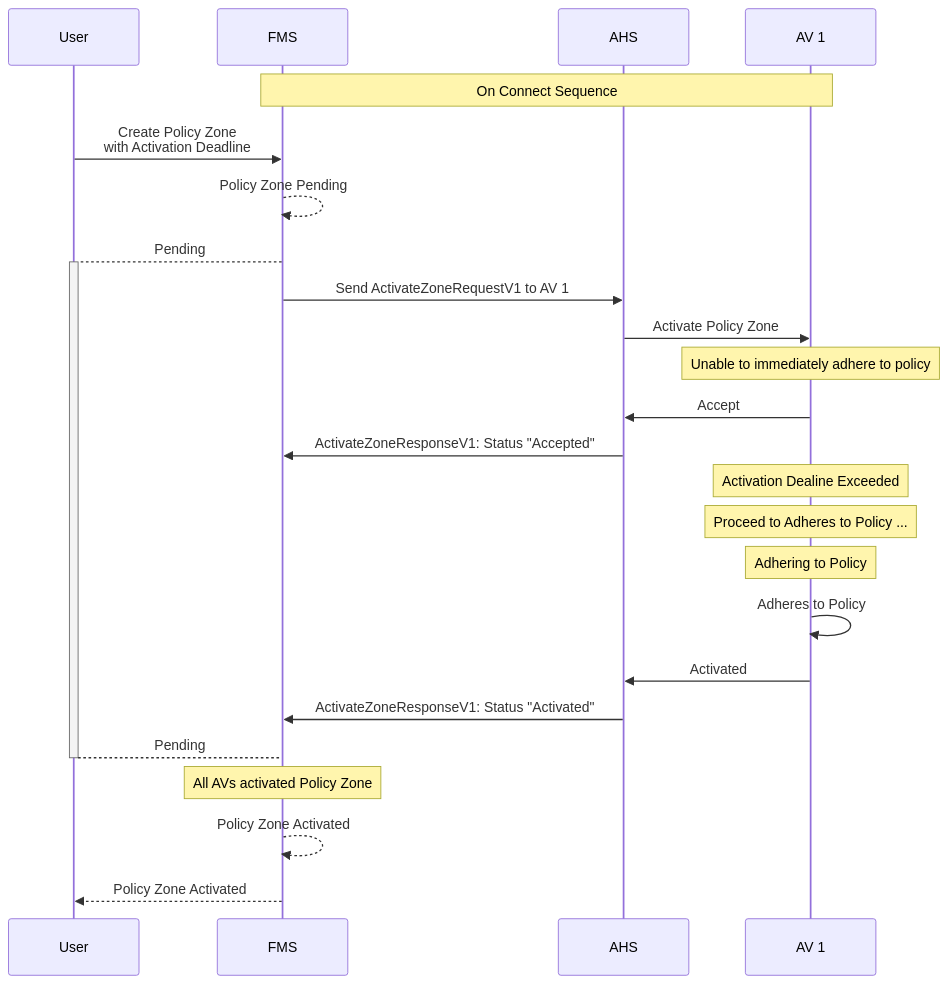
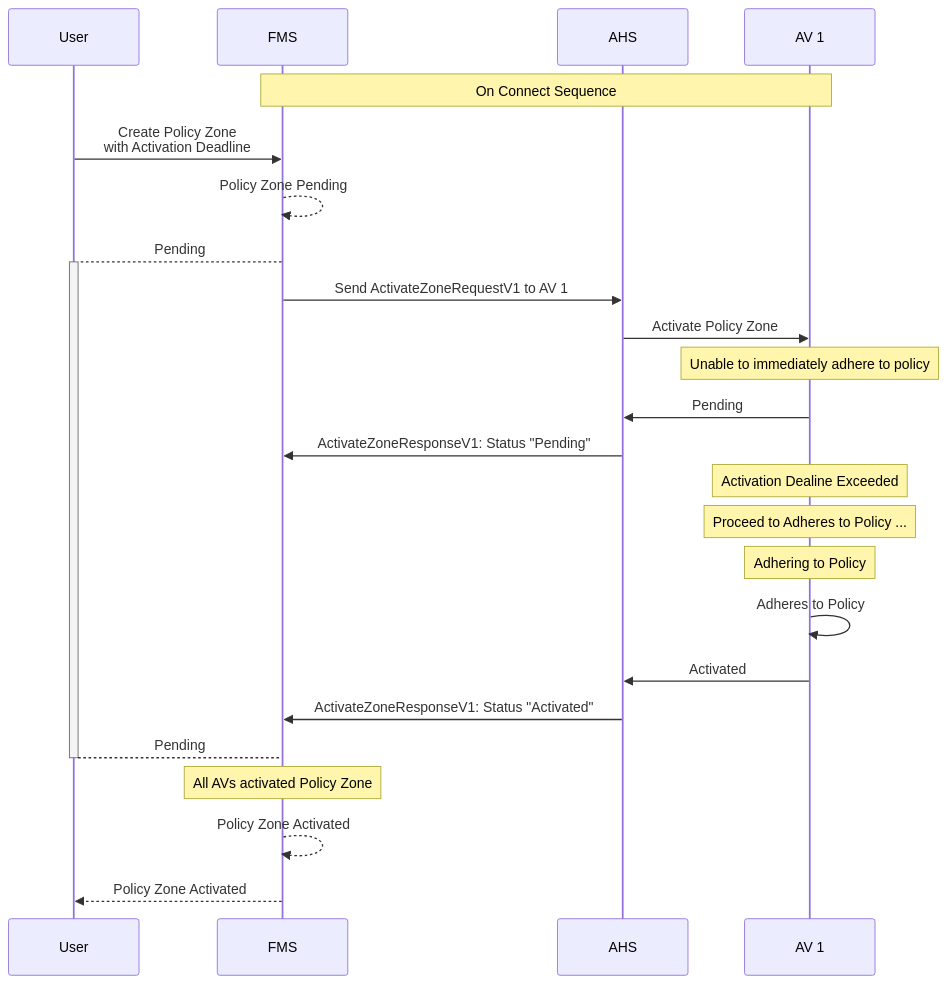
One commit to open-autonomy/zone changed the second of 3 diagrams in diagram/PolicyZoneActivation.md. Above: the diagram before and after it, drawn with Mermaid. The commit also changed other lines of this file and 1 other file, not shown here.

Commit message:
updated sequence diagrams to ActivateZoneResponse Status of Accept to Pending

````diff
--- a/diagram/PolicyZoneActivation.md
+++ b/diagram/PolicyZoneActivation.md
@@ -58,30 +58,30 @@
 ```mermaid
 sequenceDiagram
     participant User
     participant FMS
     participant AHS
     participant AV 1
 
     Note over FMS,AV 1: On Connect Sequence
     User->>FMS: Create Policy Zone <br/> with Activation Deadline
     FMS-->>FMS: Policy Zone Pending
     FMS-->+User: Pending
     FMS->>AHS: Send ActivateZoneRequestV1 to AV 1
     AHS->>AV 1: Activate Policy Zone
 
     Note Over AV 1: Unable to immediately adhere to policy
-    AV 1->>AHS: Accept
-    AHS->>FMS: ActivateZoneResponseV1: Status "Accepted"
+    AV 1->>AHS: Pending
+    AHS->>FMS: ActivateZoneResponseV1: Status "Pending"
 
     Note Over AV 1: Activation Dealine Exceeded
     Note Over AV 1: Proceed to Adheres to Policy ...
     Note Over AV 1: Adhering to Policy
     AV 1->>AV 1: Adheres to Policy
     AV 1->>AHS: Activated
 
     AHS->>FMS: ActivateZoneResponseV1: Status "Activated"
     User-->-FMS: Pending
     Note Over FMS: All AVs activated Policy Zone
     FMS-->>FMS: Policy Zone Activated
     FMS-->>User: Policy Zone Activated
 ```
````
